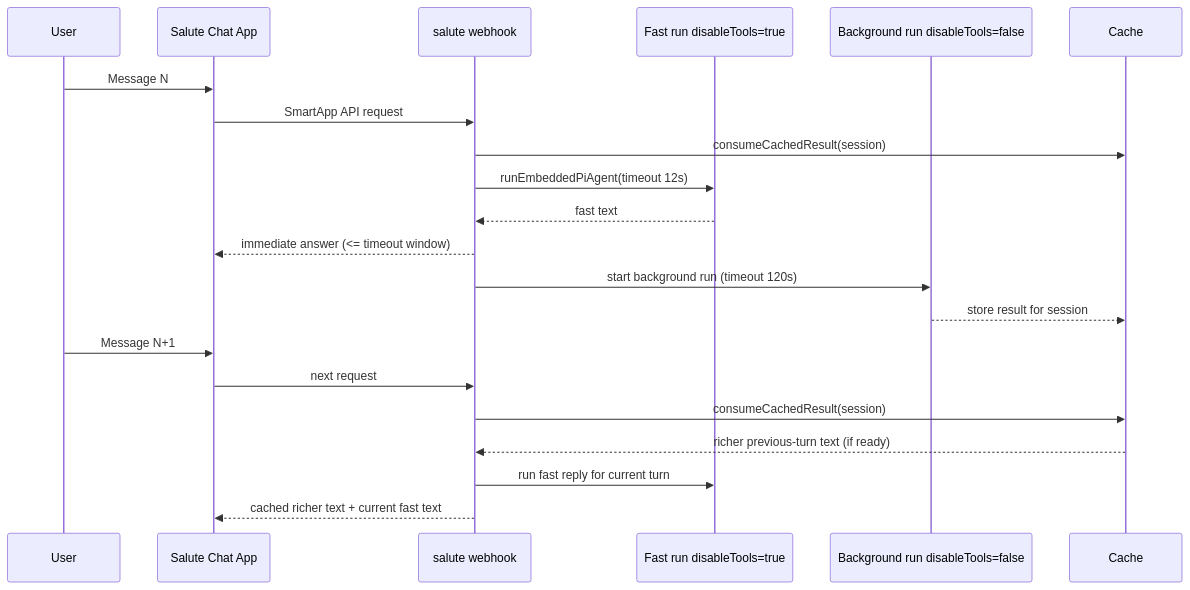
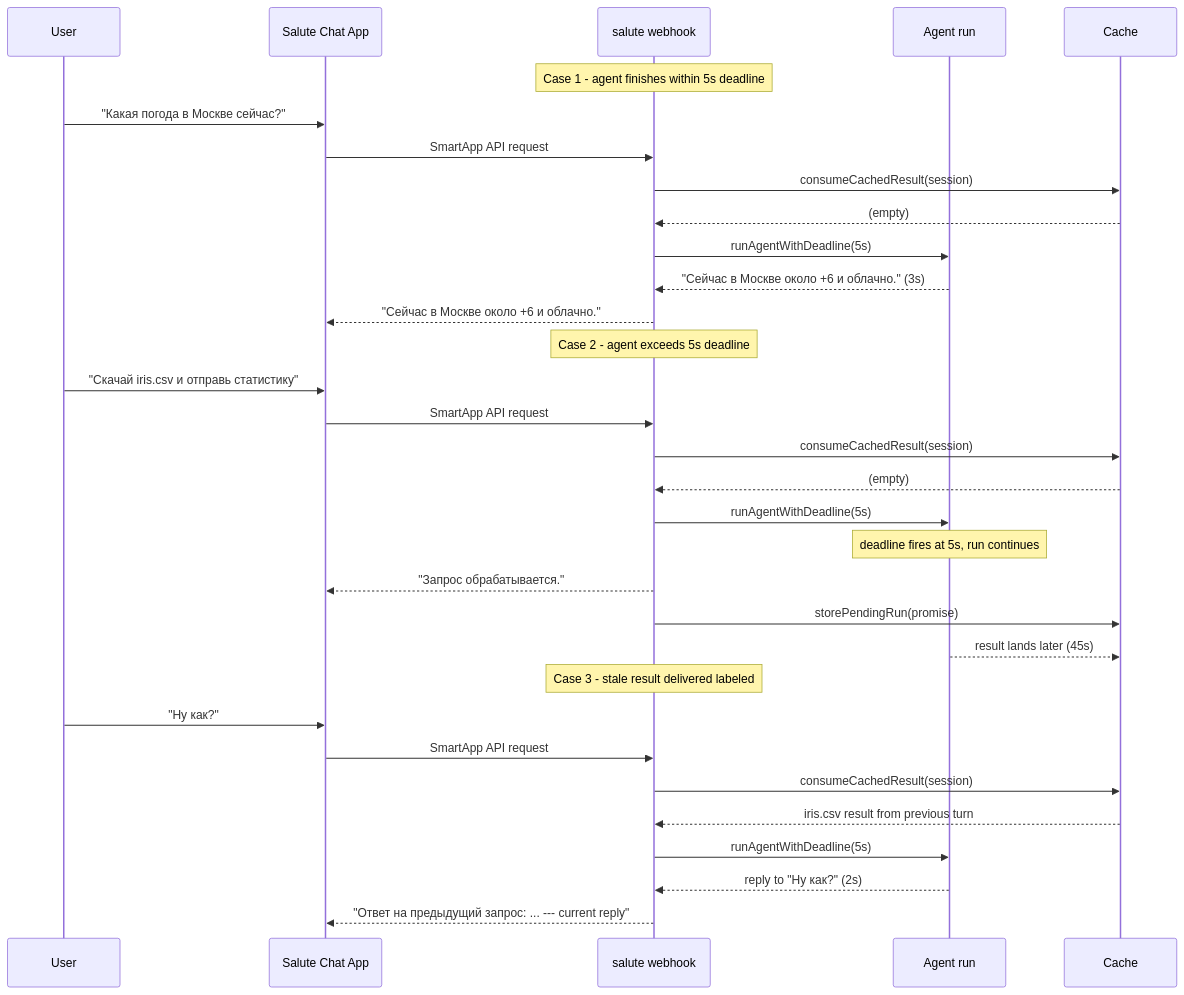
The second of 2 diagrams in docs/architecture.md (Qessia/SaluteClaw), drawn with Mermaid before and after one commit. The commit also changed other lines of this file and 5 other files, not shown here.

Commit message:
fix greeting and architecture diagram

````diff
--- a/docs/architecture.md
+++ b/docs/architecture.md
@@ -20,25 +20,37 @@
 ```mermaid
 sequenceDiagram
   participant User
   participant Salute as Salute Chat App
   participant Webhook as salute webhook
-  participant Fast as Fast run disableTools=true
-  participant Bg as Background run disableTools=false
+  participant Agent as Agent run
   participant Cache
 
-  User->>Salute: Message N
+  Note over Webhook: Case 1 - agent finishes within 5s deadline
+  User->>Salute: "Какая погода в Москве сейчас?"
   Salute->>Webhook: SmartApp API request
   Webhook->>Cache: consumeCachedResult(session)
-  Webhook->>Fast: runEmbeddedPiAgent(timeout 12s)
-  Fast-->>Webhook: fast text
-  Webhook-->>Salute: immediate answer (<= timeout window)
-  Webhook->>Bg: start background run (timeout 120s)
-  Bg-->>Cache: store result for session
+  Cache-->>Webhook: (empty)
+  Webhook->>Agent: runAgentWithDeadline(5s)
+  Agent-->>Webhook: "Сейчас в Москве около +6 и облачно." (3s)
+  Webhook-->>Salute: "Сейчас в Москве около +6 и облачно."
 
-  User->>Salute: Message N+1
-  Salute->>Webhook: next request
+  Note over Webhook: Case 2 - agent exceeds 5s deadline
+  User->>Salute: "Скачай iris.csv и отправь статистику"
+  Salute->>Webhook: SmartApp API request
   Webhook->>Cache: consumeCachedResult(session)
-  Cache-->>Webhook: richer previous-turn text (if ready)
-  Webhook->>Fast: run fast reply for current turn
-  Webhook-->>Salute: cached richer text + current fast text
+  Cache-->>Webhook: (empty)
+  Webhook->>Agent: runAgentWithDeadline(5s)
+  Note over Agent: deadline fires at 5s, run continues
+  Webhook-->>Salute: "Запрос обрабатывается."
+  Webhook->>Cache: storePendingRun(promise)
+  Agent-->>Cache: result lands later (45s)
+
+  Note over Webhook: Case 3 - stale result delivered labeled
+  User->>Salute: "Ну как?"
+  Salute->>Webhook: SmartApp API request
+  Webhook->>Cache: consumeCachedResult(session)
+  Cache-->>Webhook: iris.csv result from previous turn
+  Webhook->>Agent: runAgentWithDeadline(5s)
+  Agent-->>Webhook: reply to "Ну как?" (2s)
+  Webhook-->>Salute: "Ответ на предыдущий запрос: ... --- current reply"
 ```
````
